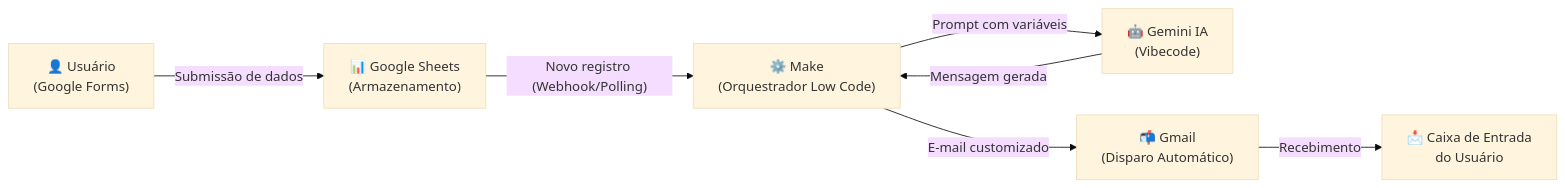
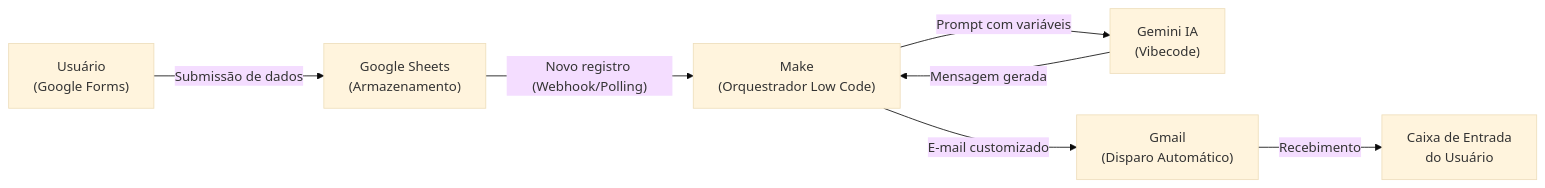
Before and after one commit to sztsu/agendafacil: the diagram in README.md, drawn with Mermaid (base theme). The commit also changed other lines of this file and 1 other file, not shown here.

Commit message:
docs: remover todos os emojis e adicionar print real de confirmacao de e-mail

````diff
--- a/README.md
+++ b/README.md
@@ -48,9 +48,9 @@
 ```mermaid
 flowchart LR
-    A["👤 Usuário\n(Google Forms)"] -->|"Submissão de dados"| B["📊 Google Sheets\n(Armazenamento)"]
-    B -->|"Novo registro (Webhook/Polling)"| C["⚙️ Make\n(Orquestrador Low Code)"]
-    C -->|"Prompt com variáveis"| D["🤖 Gemini IA\n(Vibecode)"]
+    A["Usuário\n(Google Forms)"] -->|"Submissão de dados"| B["Google Sheets\n(Armazenamento)"]
+    B -->|"Novo registro (Webhook/Polling)"| C["Make\n(Orquestrador Low Code)"]
+    C -->|"Prompt com variáveis"| D["Gemini IA\n(Vibecode)"]
     D -->|"Mensagem gerada"| C
-    C -->|"E-mail customizado"| E["📬 Gmail\n(Disparo Automático)"]
-    E -->|"Recebimento"| F["📩 Caixa de Entrada\ndo Usuário"]
+    C -->|"E-mail customizado"| E["Gmail\n(Disparo Automático)"]
+    E -->|"Recebimento"| F["Caixa de Entrada\ndo Usuário"]
 ```
````
